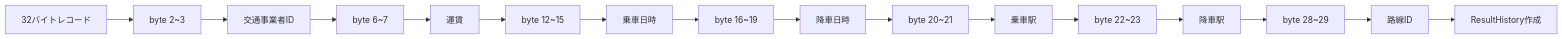
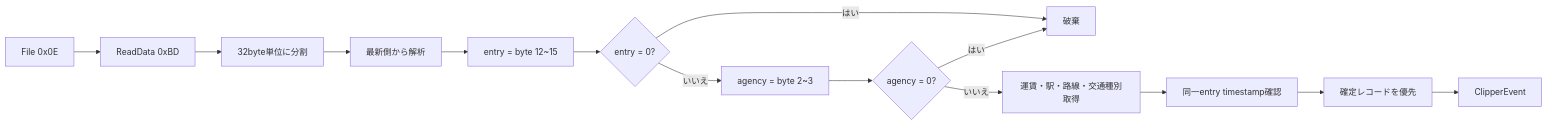
Before and after one commit to rs6-41/TransitICScanner: the fifth of 8 diagrams in doc/cards/usClipper.md, drawn with Mermaid. The commit also changed other lines of this file and 3 other files, not shown here.

````diff
--- a/doc/cards/usClipper.md
+++ b/doc/cards/usClipper.md
@@ -788,18 +1598,16 @@
 ```mermaid
 graph LR;
-    A[32バイトレコード] --> B["byte 2~3"];
-    B --> C["交通事業者ID"];
-    C --> D["byte 6~7"];
-    D --> E["運賃"];
-    E --> F["byte 12~15"];
-    F --> G["乗車日時"];
-    G --> H["byte 16~19"];
-    H --> I["降車日時"];
-    I --> J["byte 20~21"];
-    J --> K["乗車駅"];
-    K --> L["byte 22~23"];
-    L --> M["降車駅"];
-    M --> N["byte 28~29"];
-    N --> O["路線ID"];
-    O --> P["ResultHistory作成"];
+    A["File 0x0E"] --> B["ReadData 0xBD"];
+    B --> C["32byte単位に分割"];
+    C --> D["最新側から解析"];
+    D --> E["entry = byte 12~15"];
+    E --> F{"entry = 0?"};
+    F -- "はい" --> G["破棄"];
+    F -- "いいえ" --> H["agency = byte 2~3"];
+    H --> I{"agency = 0?"};
+    I -- "はい" --> G;
+    I -- "いいえ" --> J["運賃・駅・路線・交通種別取得"];
+    J --> K["同一entry timestamp確認"];
+    K --> L["確定レコードを優先"];
+    L --> M["ClipperEvent"];
 ```
````
